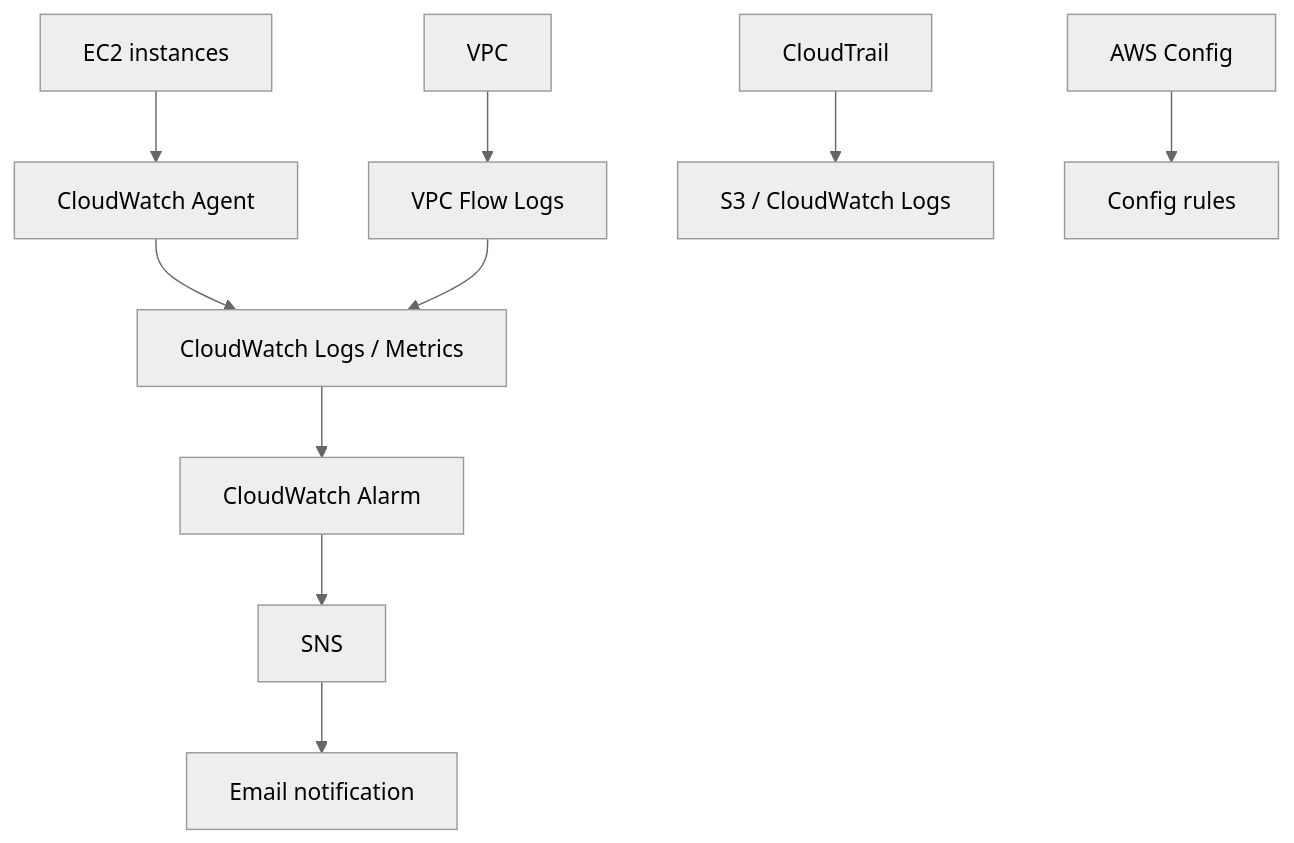
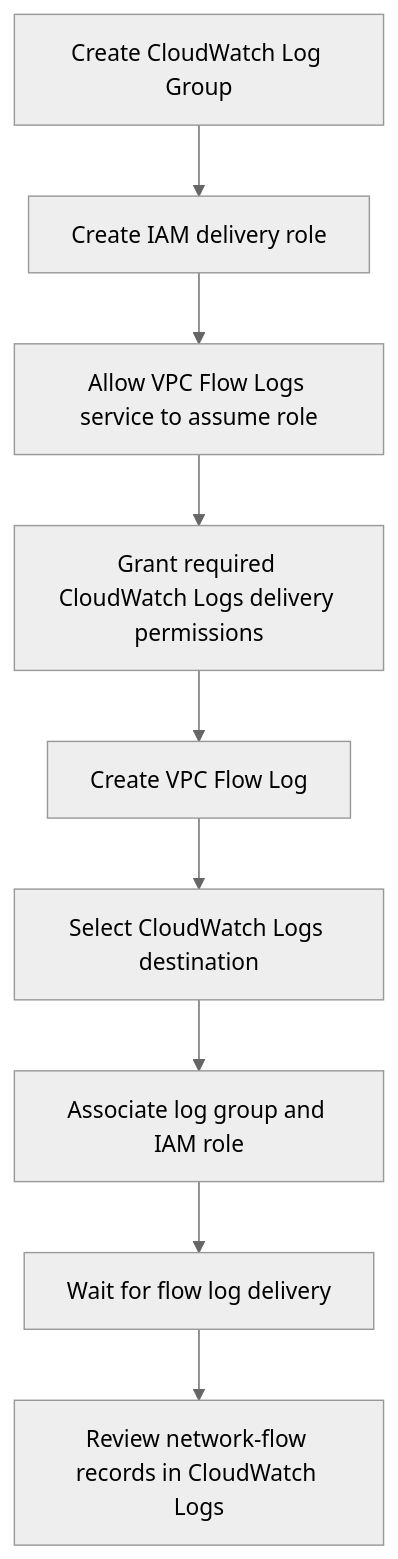
Before and after one commit to Viggy06/aws_devops_learning_documentation: the tenth of 12 diagrams in README.md, drawn with Mermaid (neutral theme). The commit also changed other lines of this file, not shown here.

````diff
--- a/README.md
+++ b/README.md
@@ -231,12 +436,11 @@
 ```mermaid
 flowchart TD
-    EC2[EC2 instances] --> Agent[CloudWatch Agent]
-    Agent --> Logs[CloudWatch Logs / Metrics]
-    Logs --> Alarm[CloudWatch Alarm]
-    Alarm --> SNS[SNS]
-    SNS --> Email[Email notification]
-    VPC[VPC] --> Flow[VPC Flow Logs]
-    Flow --> Logs
-    Trail[CloudTrail] --> Audit[S3 / CloudWatch Logs]
-    Config[AWS Config] --> Rules[Config rules]
+    A[Create CloudWatch Log Group] --> B[Create IAM delivery role]
+    B --> C[Allow VPC Flow Logs service to assume role]
+    C --> D[Grant required CloudWatch Logs delivery permissions]
+    D --> E[Create VPC Flow Log]
+    E --> F[Select CloudWatch Logs destination]
+    F --> G[Associate log group and IAM role]
+    G --> H[Wait for flow log delivery]
+    H --> I[Review network-flow records in CloudWatch Logs]
 ```
````
